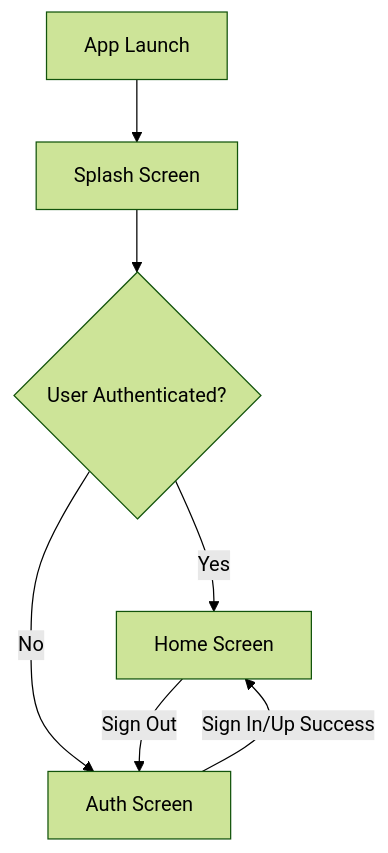
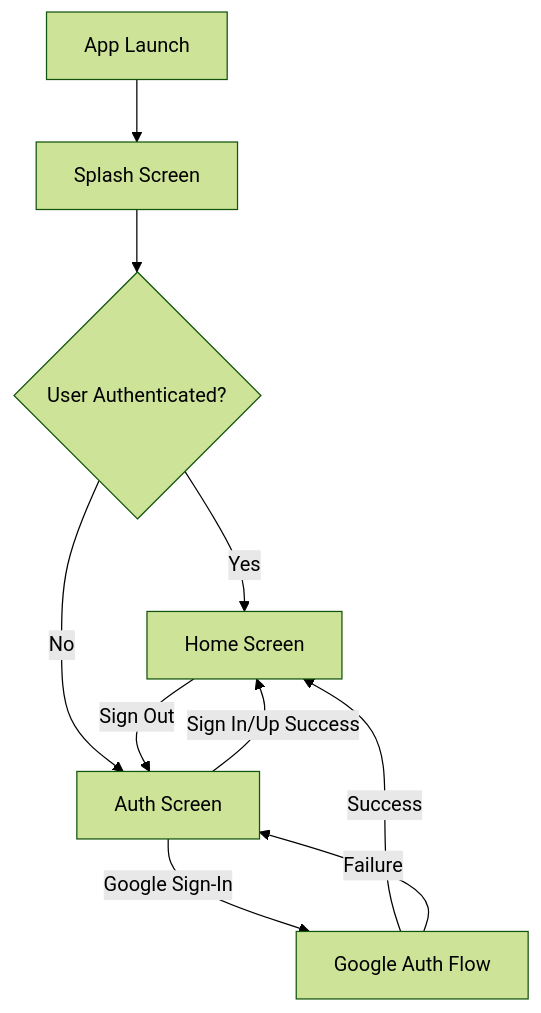
Before and after one commit to mahersavara/Dingo: the third of 6 diagrams in README.md, drawn with Mermaid (forest theme). The commit also changed other lines of this file and 29 other files, not shown here.

First line of the commit message:
[Authentication]: Enhance Google Sign-In functionality and error handling

````diff
--- a/README.md
+++ b/README.md
@@ -311,9 +313,12 @@
 ```mermaid
 graph TD
     A[App Launch] --> B[Splash Screen]
     B --> C{User Authenticated?}
     C -->|Yes| D[Home Screen]
     C -->|No| E[Auth Screen]
     E -->|Sign In/Up Success| D
     D -->|Sign Out| E
+    E -->|Google Sign-In| F[Google Auth Flow]
+    F -->|Success| D
+    F -->|Failure| E
 ```
````
